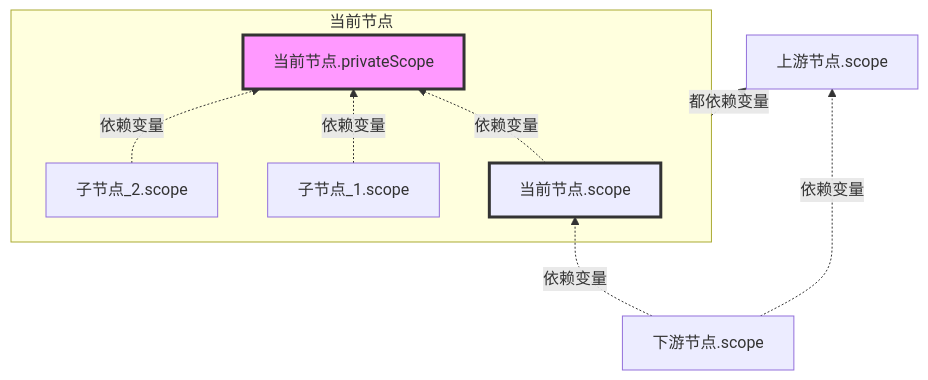
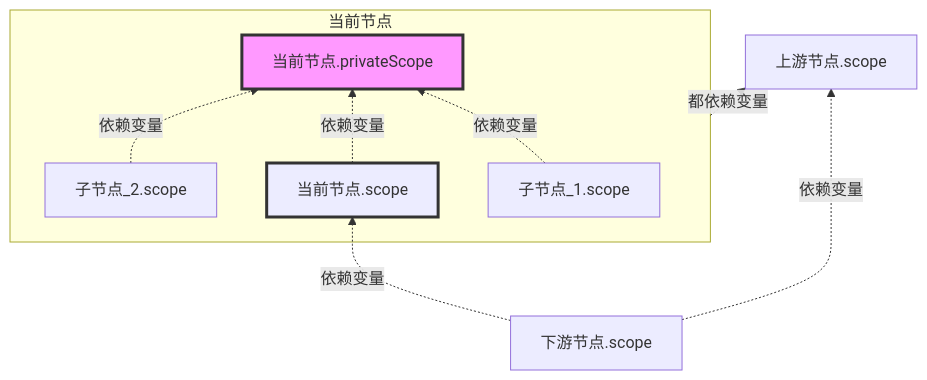
The diagram in apps/docs/src/zh/guide/variable/variable-output.mdx (squallliu/flowgram.ai), drawn with Mermaid before and after one commit. The commit also changed other lines of this file and 65 other files, not shown here.

````diff
--- a/apps/docs/src/zh/guide/variable/variable-output.mdx
+++ b/apps/docs/src/zh/guide/variable/variable-output.mdx
@@ -369,16 +373,16 @@
 ```mermaid
 graph BT
   subgraph 当前节点
+    子节点_1.scope -.依赖变量.-> 当前节点.privateScope
     当前节点.scope -.依赖变量.-> 当前节点.privateScope
-    子节点_1.scope -.依赖变量.-> 当前节点.privateScope
     子节点_2.scope -.依赖变量.-> 当前节点.privateScope
   end
 
   当前节点 -.都依赖变量.-> 上游节点.scope
   下游节点.scope -.依赖变量.-> 当前节点.scope
   下游节点.scope -.依赖变量.-> 上游节点.scope
 
 
   style 当前节点.privateScope fill:#f9f,stroke:#333,stroke-width:3px
   style 当前节点.scope stroke:#333,stroke-width:3px
 ```
````
